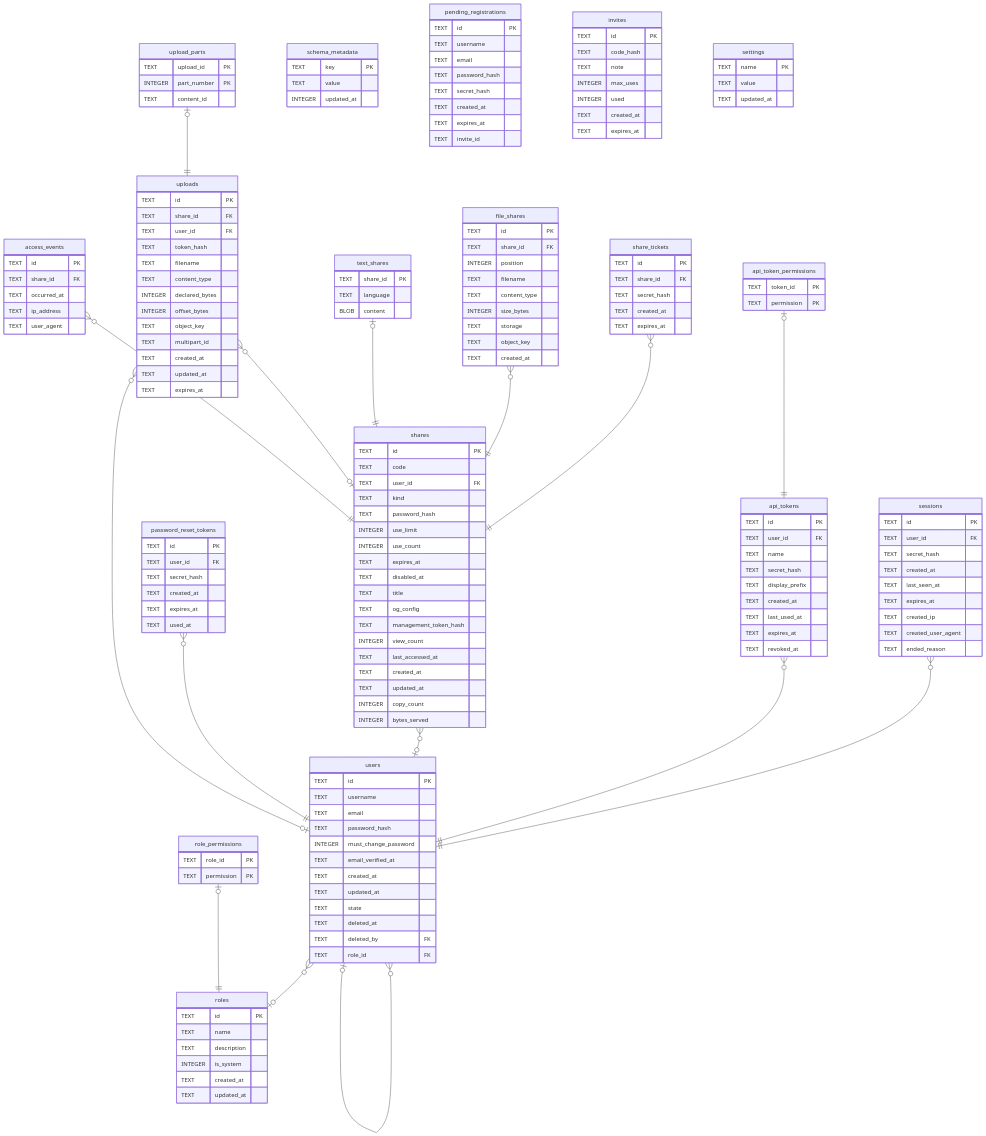
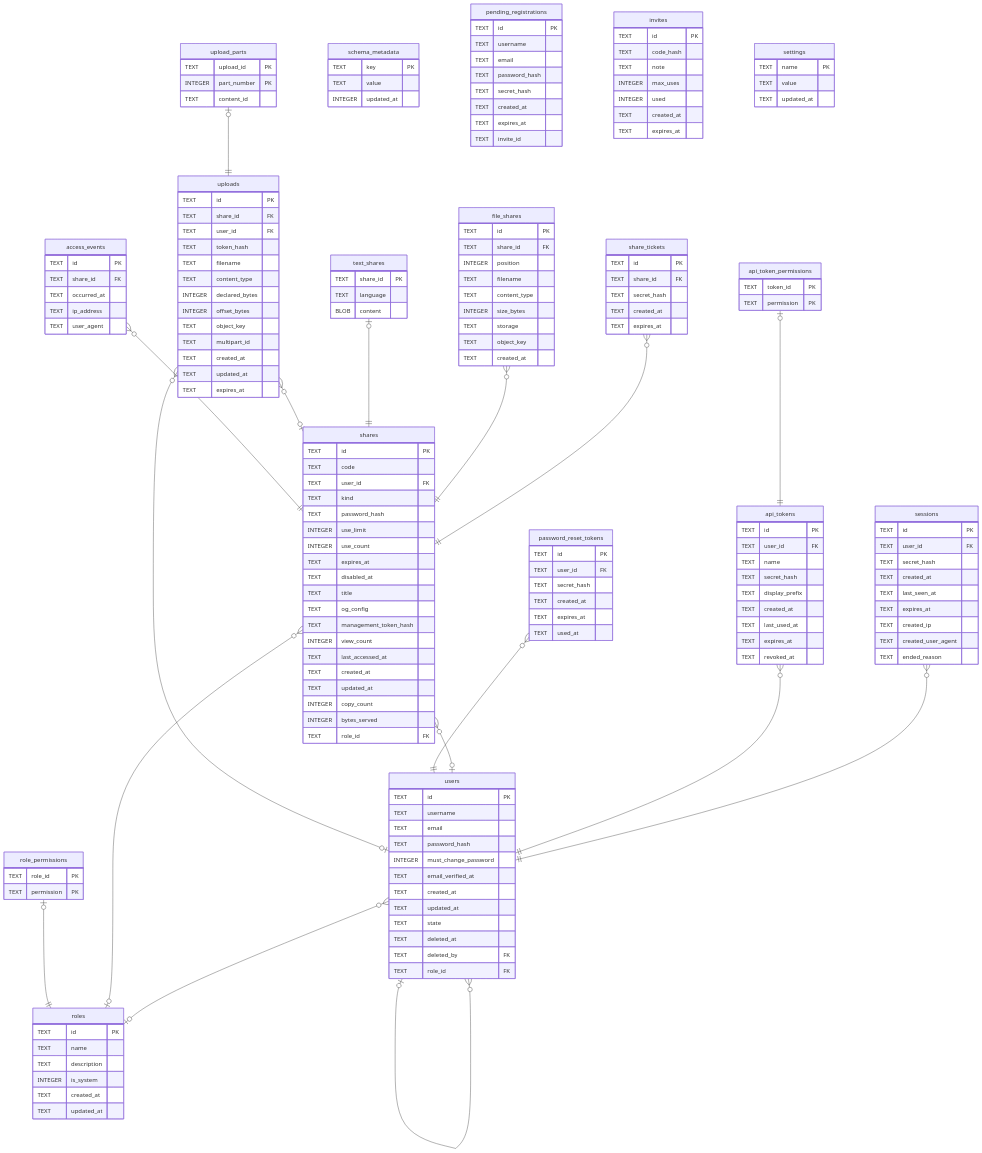
One commit to Limatura/tessera changed the diagram in docs/schema/README.md. Above: the diagram before and after it, drawn with Mermaid. The commit also changed other lines of this file and 21 other files, not shown here.

```diff
--- a/docs/schema/README.md
+++ b/docs/schema/README.md
@@ -32,6 +32,7 @@
 "users" }o--o| "users" : ""
 "sessions" }o--|| "users" : ""
 "api_tokens" }o--|| "users" : ""
+"shares" }o--o| "roles" : ""
 "shares" }o--o| "users" : ""
 "share_tickets" }o--|| "shares" : ""
 "password_reset_tokens" }o--|| "users" : ""
@@ -104,6 +105,7 @@
   TEXT updated_at
   INTEGER copy_count
   INTEGER bytes_served
+  TEXT role_id FK
 }
 "share_tickets" {
   TEXT id PK
```
